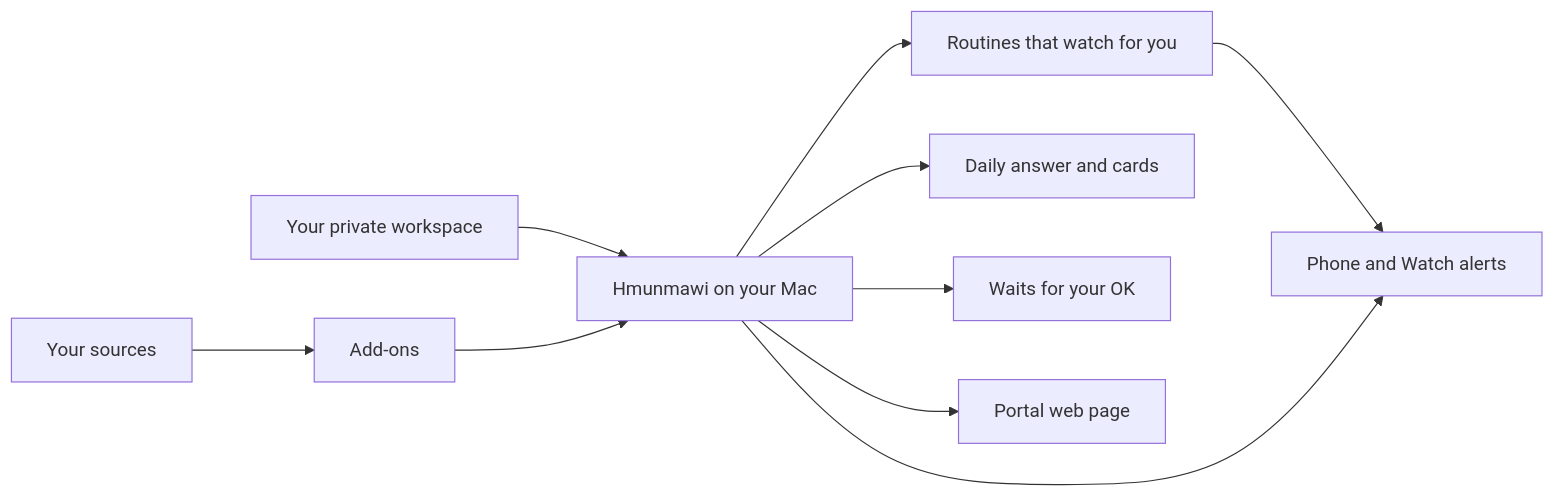
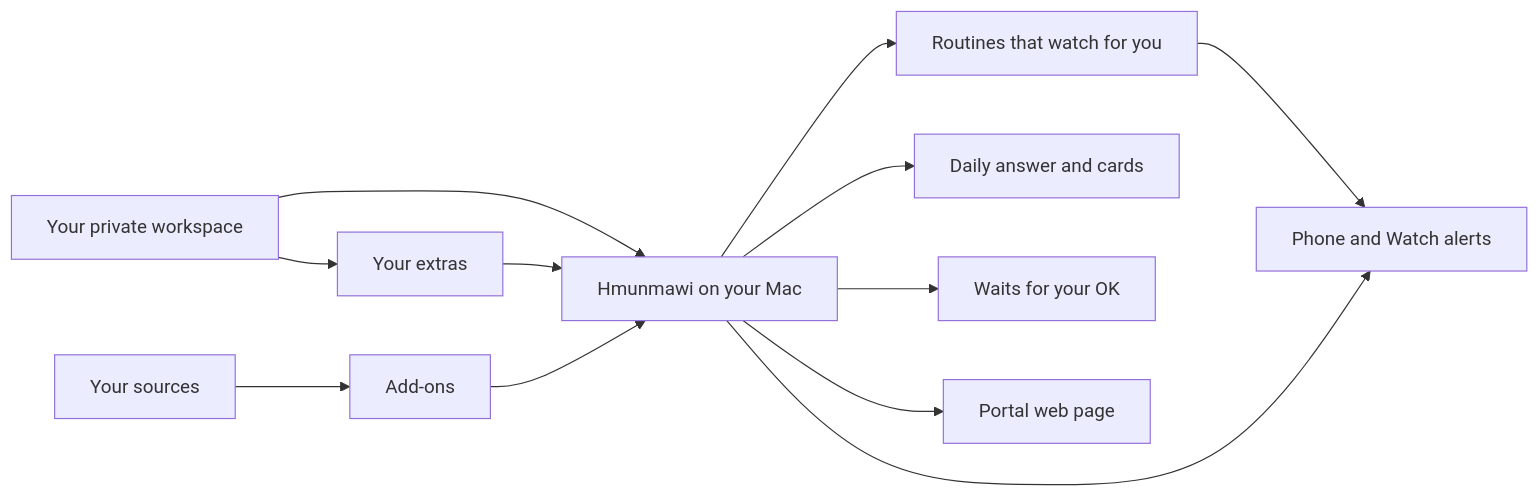
One commit to priyevsingh/hmunmawi changed the first of 4 diagrams in docs/CAPABILITIES.md. Above: the diagram before and after it, drawn with Mermaid. The commit also changed other lines of this file and 39 other files, not shown here.

First line of the commit message:
Your extras: owner-only extras made generic for every user (1.5.0)

````diff
--- a/docs/CAPABILITIES.md
+++ b/docs/CAPABILITIES.md
@@ -50,12 +52,14 @@
 ```mermaid
 flowchart LR
     S["Your sources"] --> A["Add-ons"]
     W["Your private workspace"] --> H["Hmunmawi on your Mac"]
+    W --> X["Your extras"]
+    X --> H
     A --> H
     H --> R["Routines that watch for you"]
     R --> P
     H --> D["Daily answer and cards"]
     H --> Q["Waits for your OK"]
     H --> P["Phone and Watch alerts"]
     H --> O["Portal web page"]
 ```
````
